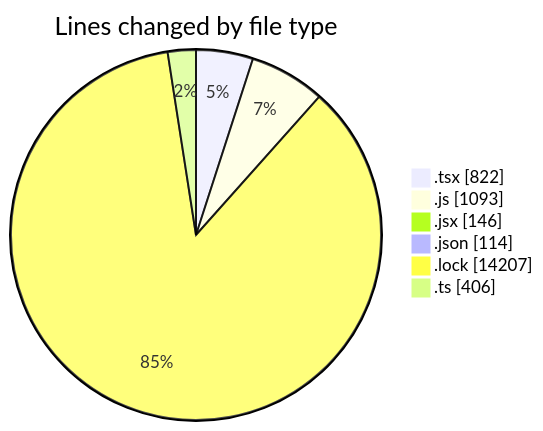
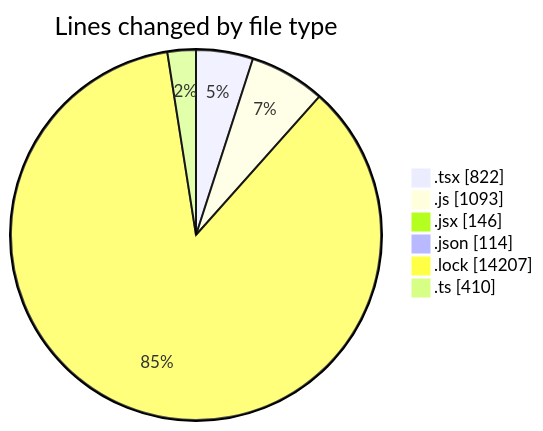
The first of 2 diagrams in 2025-05-08/cda/README.md (momahboobian/code-tracking), drawn with Mermaid before and after one commit. The commit also changed other lines of this file and 1 other file, not shown here.

````diff
--- a/2025-05-08/cda/README.md
+++ b/2025-05-08/cda/README.md
@@ -38,10 +38,10 @@
 ```mermaid
 pie showData
 title Lines changed by file type
 ".tsx" : 822
 ".js" : 1093
 ".jsx" : 146
 ".json" : 114
 ".lock" : 14207
-".ts" : 406
+".ts" : 410
 ```
````
